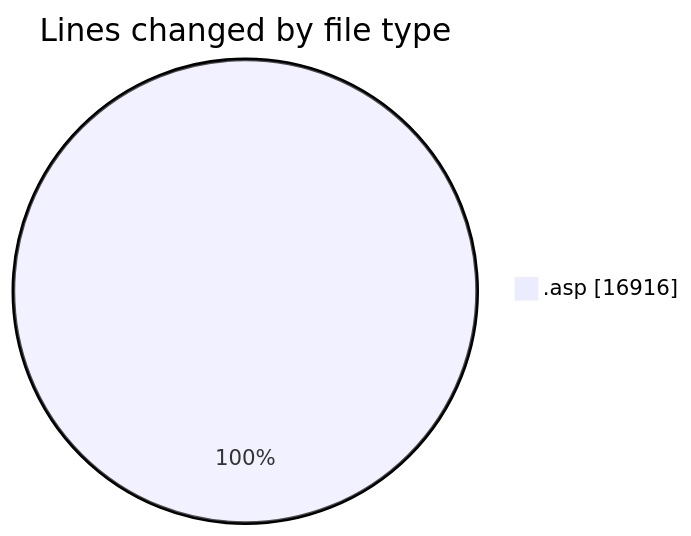
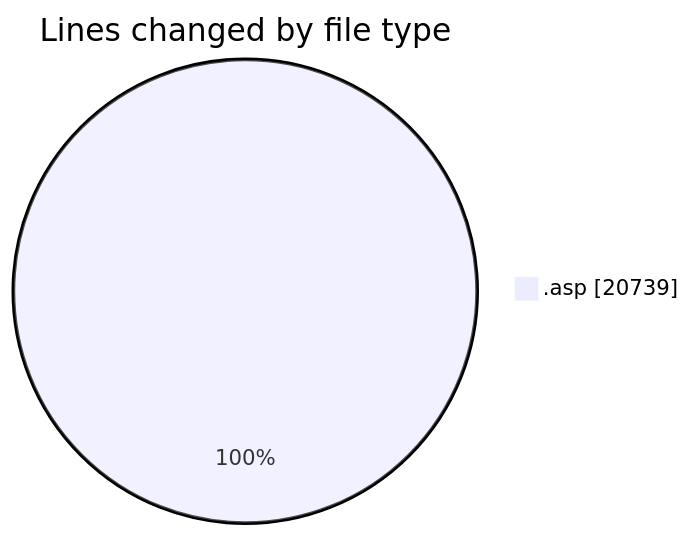
One commit to julien-gomy/code-tracking changed the first of 2 diagrams in 2025-11-14/cdp_aleoudev_fr__workspace_/README.md. Above: the diagram before and after it, drawn with Mermaid. The commit also changed other lines of this file and 1 other file, not shown here.

````diff
--- a/2025-11-14/cdp_aleoudev_fr__workspace_/README.md
+++ b/2025-11-14/cdp_aleoudev_fr__workspace_/README.md
@@ -36,5 +37,5 @@
 ```mermaid
 pie showData
 title Lines changed by file type
-".asp" : 16916
+".asp" : 20739
 ```
````
